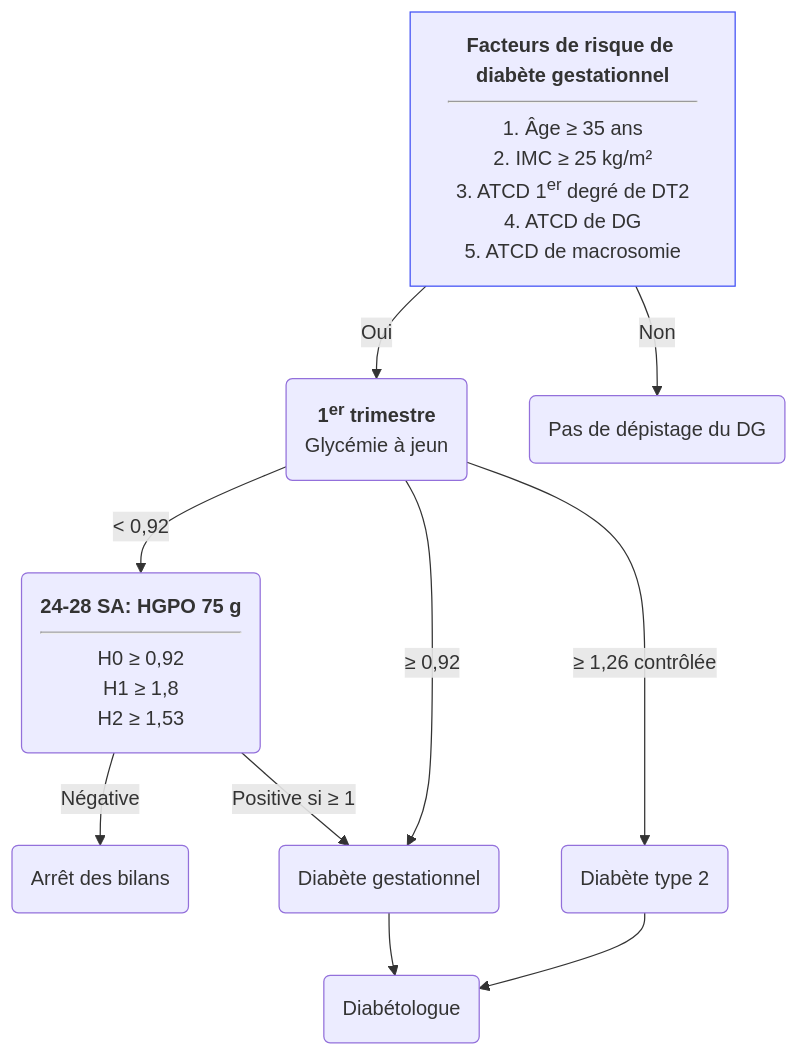
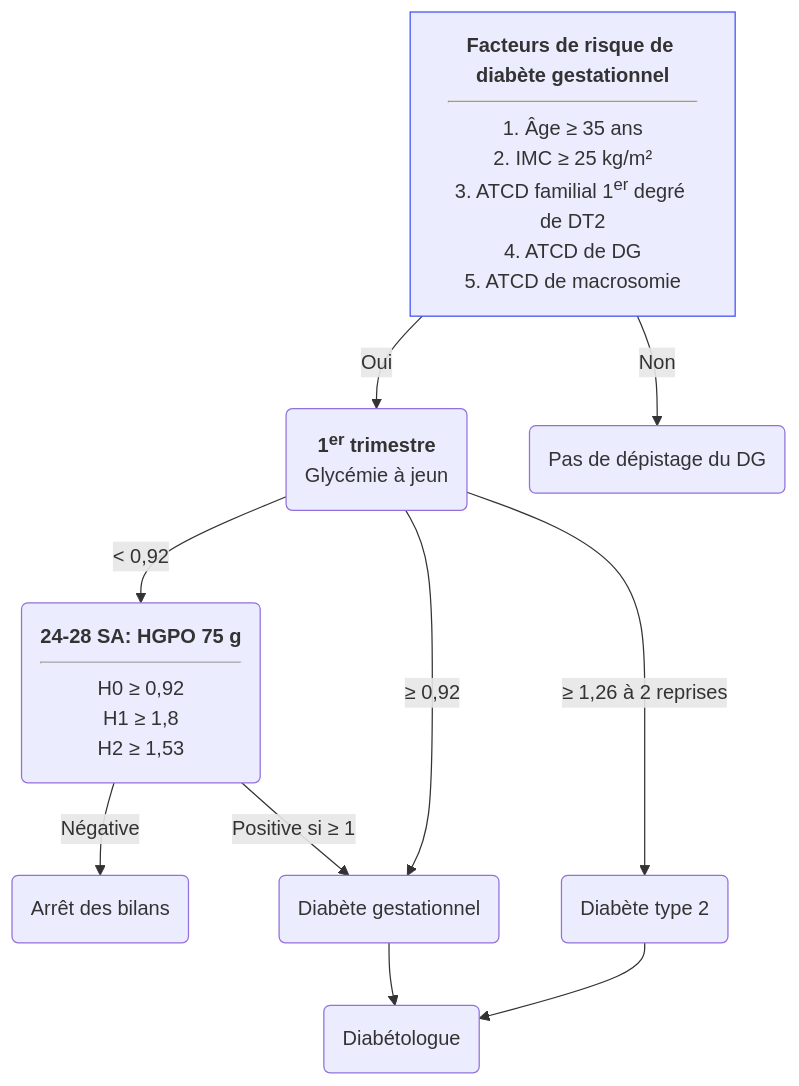
The diagram in content/recommandations/diabete-gestationnel.md (djibe/recommandations-medicales), drawn with Mermaid before and after one commit. The commit also changed other lines of this file and 12 other files, not shown here.

```diff
--- a/content/recommandations/diabete-gestationnel.md
+++ b/content/recommandations/diabete-gestationnel.md
@@ -164,14 +161,14 @@
 {{< mermaid title="Conduite à tenir pour le dépistage du diabète gestationnel. Dr JB FRON d'après SFD/CNGOF 2010" >}}
 graph TB
-fdr["<b>Facteurs de risque de diabète gestationnel</b><hr>1. Âge &ge; 35 ans<br>2. IMC &ge; 25 kg/m²<br>3. ATCD 1<sup>er</sup> degré de DT2<br>4. ATCD de DG<br>5. ATCD de macrosomie"]
+fdr["<b>Facteurs de risque de diabète gestationnel</b><hr>1. Âge &ge; 35 ans<br>2. IMC &ge; 25 kg/m²<br>3. ATCD familial 1<sup>er</sup> degré de DT2<br>4. ATCD de DG<br>5. ATCD de macrosomie"]
 style fdr stroke:#4150f5, stroke-width:1px
   fdr -- Oui --> gaj("<b>1<sup>er</sup> trimestre</b><br>Glycémie à jeun")
     gaj -- "&lt; 0,92" --> hgpo("<b>24-28 SA: HGPO 75 g</b><hr>H0 &ge; 0,92<br>H1 &ge; 1,8<br>H2 &ge; 1,53")
       hgpo -- Négative --> arret2(Arrêt des bilans)
       hgpo -- "Positive si &ge; 1" --> DG
     gaj -- "&ge; 0,92" --> DG(Diabète gestationnel)
       DG --> diabeto(Diabétologue)
-    gaj -- "&ge; 1,26 contrôlée" --> DT2(Diabète type 2)
+    gaj -- "&ge; 1,26 à 2 reprises" --> DT2(Diabète type 2)
       DT2 --> diabeto
   fdr -- Non --> arret(Pas de dépistage du DG)
 {{< /mermaid >}}
```
